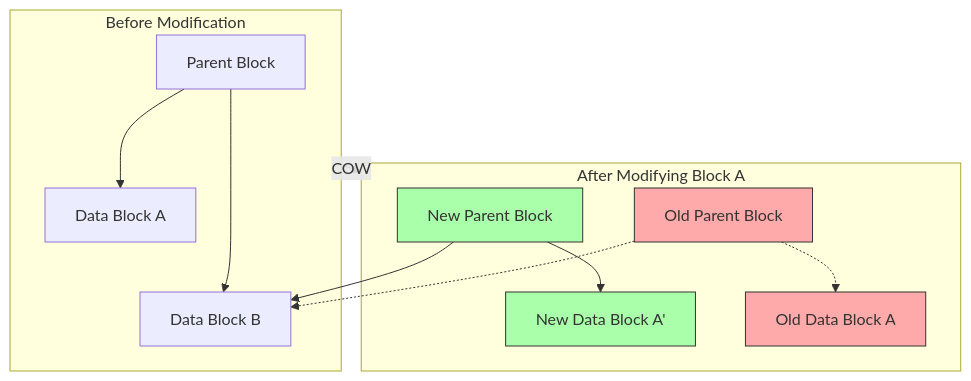
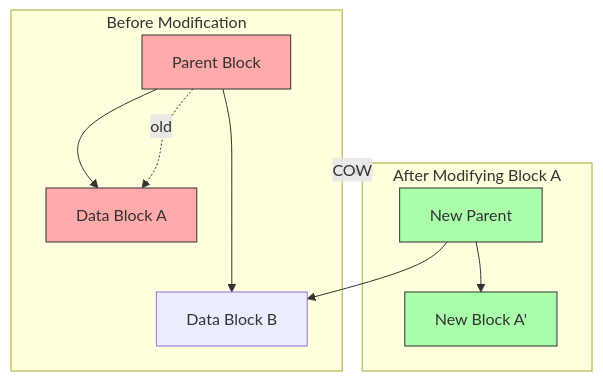
The first of 7 diagrams in docs/sys/vfs/hammer2/index.md (tuxillo/dragonflybsd-source-docs), drawn with Mermaid before and after one commit. The commit also changed other lines of this file, not shown here.

First line of the commit message:
docs/hammer2: fix diagrams in overview page

````diff
--- a/docs/sys/vfs/hammer2/index.md
+++ b/docs/sys/vfs/hammer2/index.md
@@ -36,21 +36,20 @@
 ```mermaid
 flowchart TB
     subgraph before["Before Modification"]
-        P1[Parent Block] --> D1[Data Block A]
-        P1 --> D2[Data Block B]
+        P1[Parent Block] --> A1[Data Block A]
+        P1 --> B1[Data Block B]
     end
     
     subgraph after["After Modifying Block A"]
-        P2[New Parent Block] --> D1new[New Data Block A']
-        P2 --> D2
-        P1old[Old Parent Block] -.-> D1old[Old Data Block A]
-        P1old -.-> D2
+        P2[New Parent] --> A2[New Block A']
+        P2 --> B1
+        P1 -.->|old| A1
     end
     
-    before --> |"COW"| after
+    before -->|"COW"| after
     
-    style D1old fill:#faa,stroke:#333
-    style P1old fill:#faa,stroke:#333
-    style D1new fill:#afa,stroke:#333
+    style A1 fill:#faa,stroke:#333
+    style P1 fill:#faa,stroke:#333
+    style A2 fill:#afa,stroke:#333
     style P2 fill:#afa,stroke:#333
 ```
````
